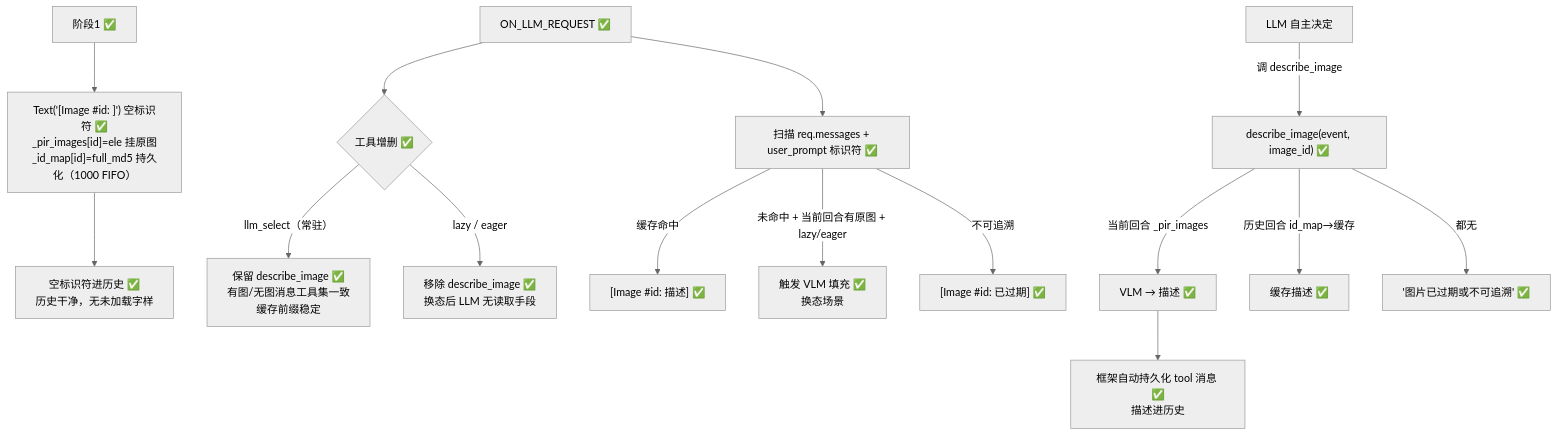
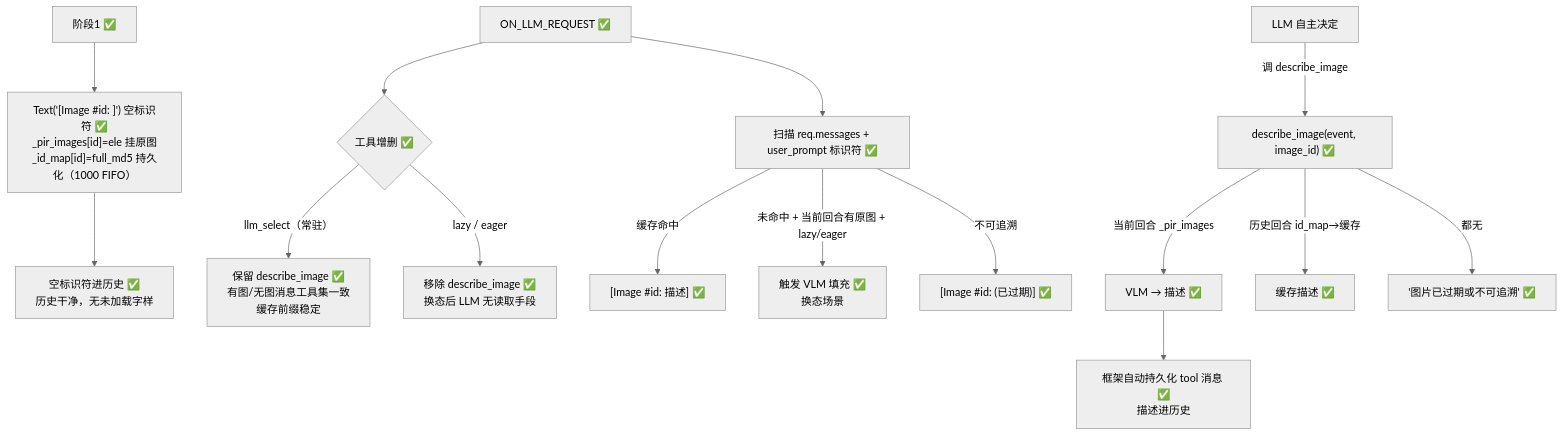
Before and after one commit to CelestNya/kira-plugin-parallel-image-reader: the fourth of 5 diagrams in docs/architecture.md, drawn with Mermaid (neutral theme). The commit also changed other lines of this file and 5 other files, not shown here.

First line of the commit message:
feat: 系统状态括号化 — (未识别)/(已过期)，区分于图片内容

````diff
--- a/docs/architecture.md
+++ b/docs/architecture.md
@@ -219,19 +220,19 @@
 ```mermaid
 graph TD
     S1["阶段1 ✅"] --> EMPTY["Text('[Image #id: ]') 空标识符 ✅<br/>_pir_images[id]=ele 挂原图<br/>_id_map[id]=full_md5 持久化（1000 FIFO）"]
     EMPTY --> HIST["空标识符进历史 ✅<br/>历史干净，无未加载字样"]
 
     REQ["ON_LLM_REQUEST ✅"] --> TOOLS{"工具增删 ✅"}
     TOOLS -->|"llm_select（常驻）"| KEEP["保留 describe_image ✅<br/>有图/无图消息工具集一致<br/>缓存前缀稳定"]
     TOOLS -->|"lazy / eager"| REMOVE["移除 describe_image ✅<br/>换态后 LLM 无读取手段"]
     REQ --> SCAN["扫描 req.messages + user_prompt 标识符 ✅"]
     SCAN -->|"缓存命中"| FILL["[Image #id: 描述] ✅"]
     SCAN -->|"未命中 + 当前回合有原图 + lazy/eager"| VLM2["触发 VLM 填充 ✅<br/>换态场景"]
-    SCAN -->|"不可追溯"| EXPIRE["[Image #id: 已过期] ✅"]
+    SCAN -->|"不可追溯"| EXPIRE["[Image #id: (已过期)] ✅"]
 
     LLM["LLM 自主决定"] -->|"调 describe_image"| TOOL["describe_image(event, image_id) ✅"]
     TOOL -->|"当前回合 _pir_images"| TVLM["VLM → 描述 ✅"]
     TOOL -->|"历史回合 id_map→缓存"| TCACHE["缓存描述 ✅"]
     TOOL -->|"都无"| TEXPIRE["'图片已过期或不可追溯' ✅"]
     TVLM --> TPERSIST["框架自动持久化 tool 消息 ✅<br/>描述进历史"]
 ```
````
